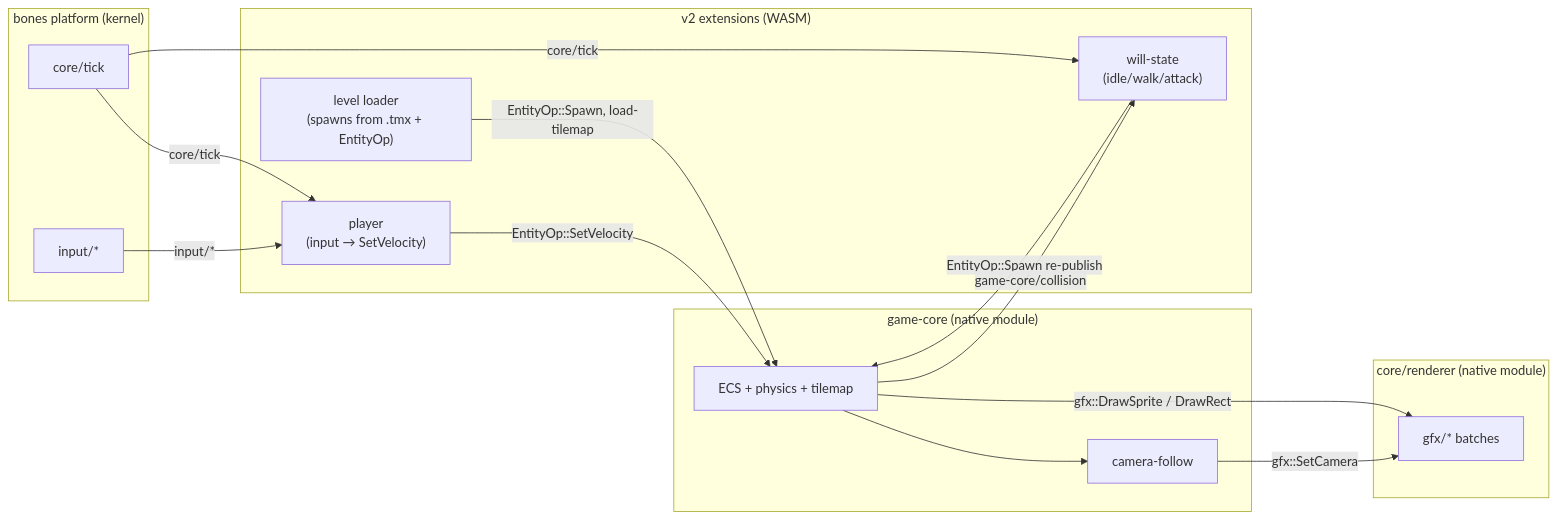
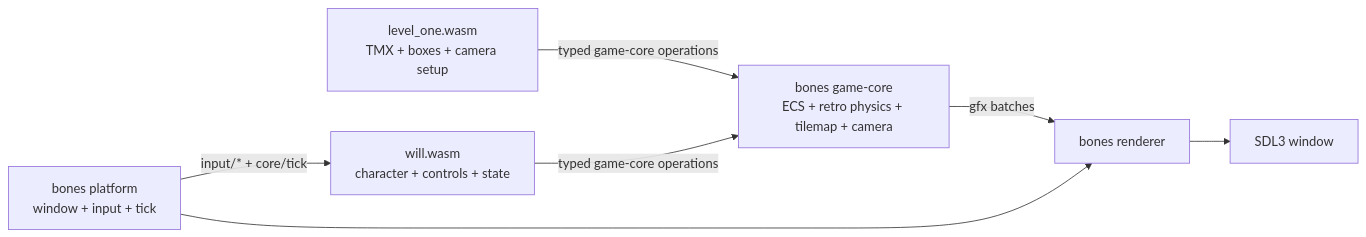
One commit to an-dr/artificial-will-game-v2 changed the diagram in docs/architecture.md. Above: the diagram before and after it, drawn with Mermaid. The commit also changed other lines of this file and 157 other files, not shown here.

Commit message:
Reimplement Artificial Will on bones

````diff
--- a/docs/architecture.md
+++ b/docs/architecture.md
@@ -37,33 +10,9 @@
 ```mermaid
 flowchart LR
-    subgraph Platform["bones platform (kernel)"]
-        Input["input/*"]
-        Tick["core/tick"]
-    end
-
-    subgraph GameCore["game-core (native module)"]
-        Physics["ECS + physics + tilemap"]
-        Camera["camera-follow"]
-    end
-
-    subgraph Extensions["v2 extensions (WASM)"]
-        PlayerExt["player<br/>(input → SetVelocity)"]
-        StateExt["will-state<br/>(idle/walk/attack)"]
-        LevelExt["level loader<br/>(spawns from .tmx + EntityOp)"]
-    end
-
-    subgraph Renderer["core/renderer (native module)"]
-        Gfx["gfx/* batches"]
-    end
-
-    Input -->|input/*| PlayerExt
-    Tick -->|core/tick| PlayerExt
-    Tick -->|core/tick| StateExt
-    PlayerExt -->|EntityOp::SetVelocity| Physics
-    LevelExt -->|EntityOp::Spawn, load-tilemap| Physics
-    StateExt -->|EntityOp::Spawn re-publish| Physics
-    Physics --> Camera
-    Physics -->|game-core/collision| StateExt
-    Camera -->|gfx::SetCamera| Gfx
-    Physics -->|gfx::DrawSprite / DrawRect| Gfx
+    Platform["bones platform<br/>window + input + tick"] -->|"input/* + core/tick"| Will
+    Level["level_one.wasm<br/>TMX + boxes + camera setup"] -->|"typed game-core operations"| GameCore
+    Will["will.wasm<br/>character + controls + state"] -->|"typed game-core operations"| GameCore
+    GameCore["bones game-core<br/>ECS + retro physics + tilemap + camera"] -->|"gfx batches"| Renderer
+    Renderer["bones renderer"] --> Window["SDL3 window"]
+    Platform --> Renderer
 ```
````
